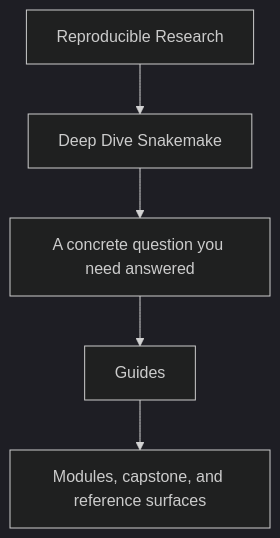
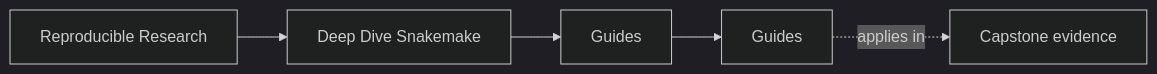
One commit to bijux/bijux-masterclass changed the first of 2 diagrams in programs/reproducible-research/deep-dive-snakemake/course-book/guides/index.md. Above: the diagram before and after it, drawn with Mermaid (dark theme). The commit also changed other lines of this file and 149 other files, not shown here.

Commit message:
docs(deep-dive-snakemake): map workflow proof and operations surfaces

````diff
--- a/programs/reproducible-research/deep-dive-snakemake/course-book/guides/index.md
+++ b/programs/reproducible-research/deep-dive-snakemake/course-book/guides/index.md
@@ -6,7 +6,11 @@
 ```mermaid
-flowchart TD
-  family["Reproducible Research"] --> program["Deep Dive Snakemake"]
-  program --> pressure["A concrete question you need answered"]
-  pressure --> guide["Guides"]
-  guide --> next["Modules, capstone, and reference surfaces"]
+graph LR
+  family["Reproducible Research"]
+  program["Deep Dive Snakemake"]
+  section["Guides"]
+  page["Guides"]
+  capstone["Capstone evidence"]
+
+  family --> program --> section --> page
+  page -.applies in.-> capstone
 ```
````
